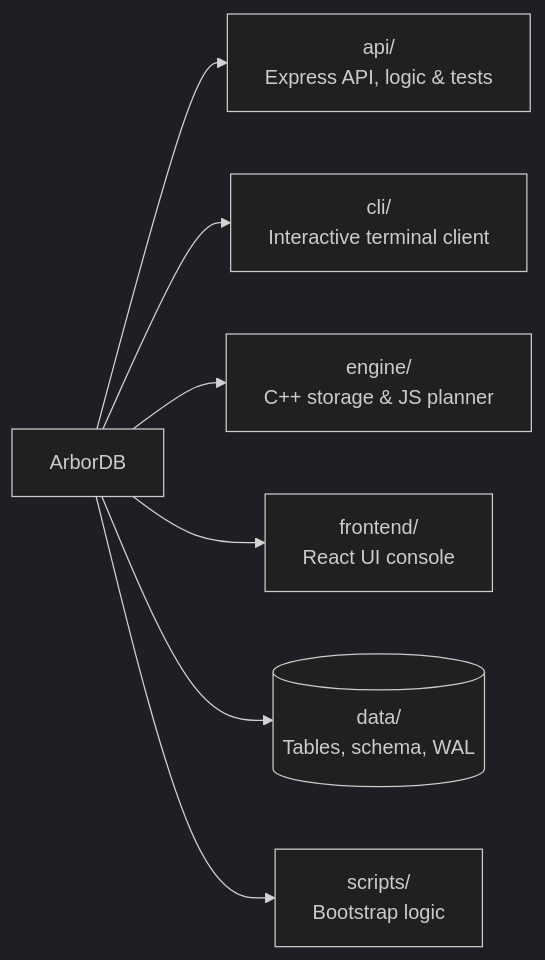
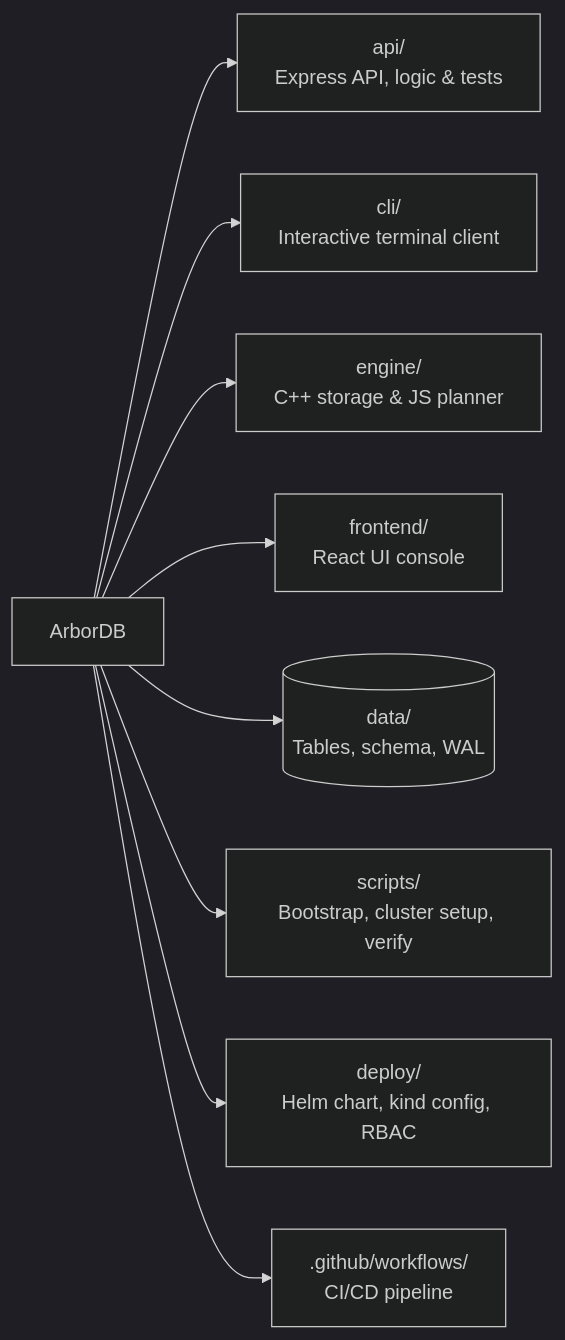
Before and after one commit to Yash020405/ArborDB: the sixth of 6 diagrams in README.md, drawn with Mermaid (dark theme). The commit also changed other lines of this file and 2 other files, not shown here.

````diff
--- a/README.md
+++ b/README.md
@@ -270,9 +297,11 @@
 ```mermaid
 graph LR
     Root[ArborDB] --> api[api/<br/>Express API, logic & tests]
     Root --> cli[cli/<br/>Interactive terminal client]
     Root --> engine[engine/<br/>C++ storage & JS planner]
     Root --> frontend[frontend/<br/>React UI console]
     Root --> data[(data/<br/>Tables, schema, WAL)]
-    Root --> scripts[scripts/<br/>Bootstrap logic]
+    Root --> scripts[scripts/<br/>Bootstrap, cluster setup, verify]
+    Root --> deploy[deploy/<br/>Helm chart, kind config, RBAC]
+    Root --> gh[.github/workflows/<br/>CI/CD pipeline]
 ```
````
